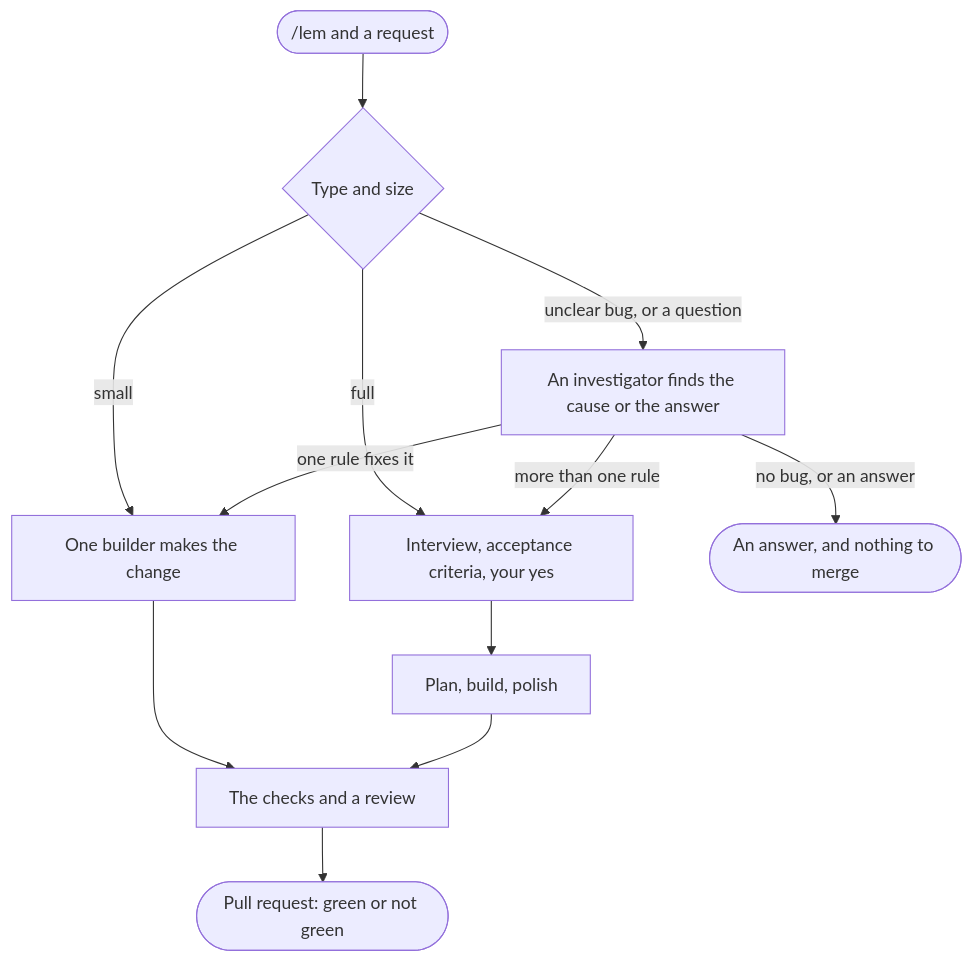
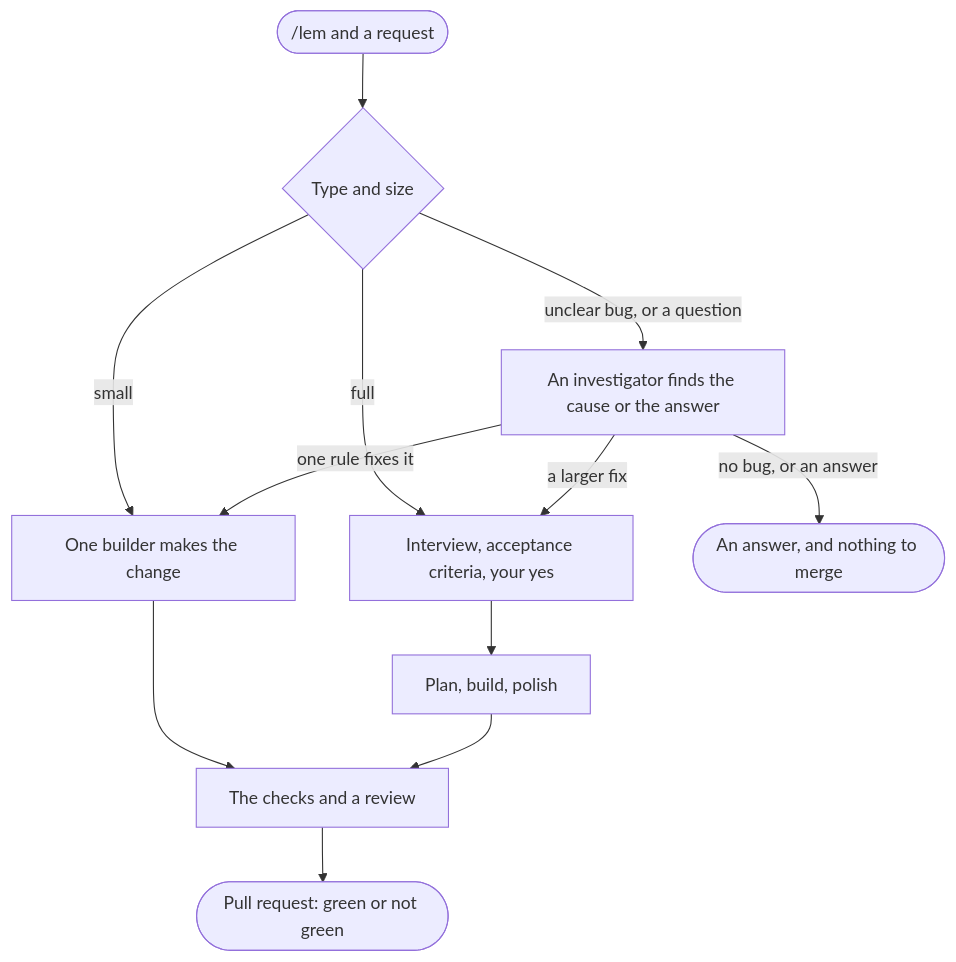
The diagram in docs/flow.md (pySilver/lem), drawn with Mermaid before and after one commit. The commit also changed other lines of this file and 5 other files, not shown here.

````diff
--- a/docs/flow.md
+++ b/docs/flow.md
@@ -5,14 +5,14 @@
 ```mermaid
 flowchart TD
     req([/lem and a request]) --> size{Type and size}
     size -- small --> one[One builder makes the change]
     size -- full --> crit[Interview, acceptance criteria, your yes]
     size -- unclear bug, or a question --> inv[An investigator finds the cause or the answer]
     inv -- one rule fixes it --> one
-    inv -- more than one rule --> crit
+    inv -- a larger fix --> crit
     inv -- no bug, or an answer --> stop([An answer, and nothing to merge])
     crit --> plan[Plan, build, polish]
     one --> checks[The checks and a review]
     plan --> checks
     checks --> pr([Pull request: green or not green])
 ```
````
